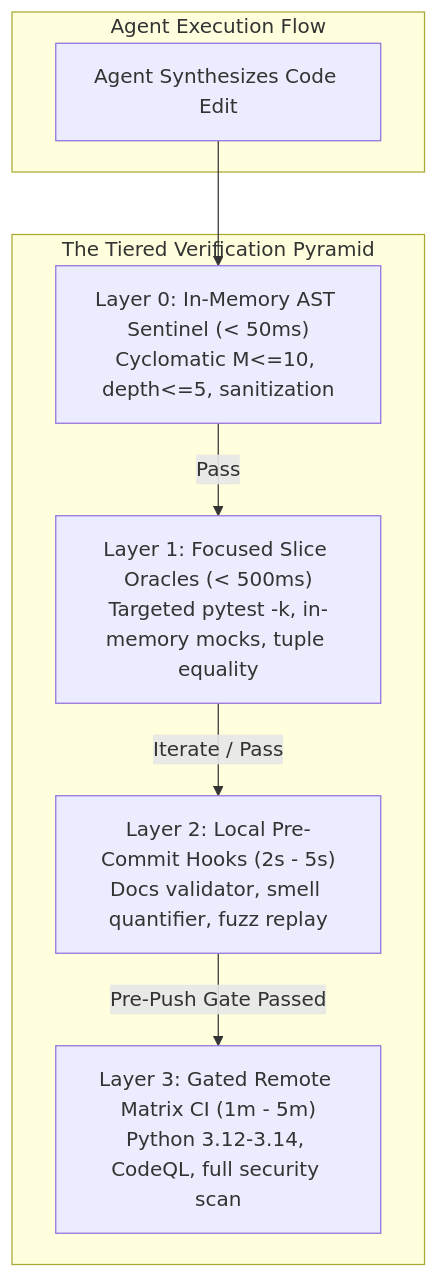
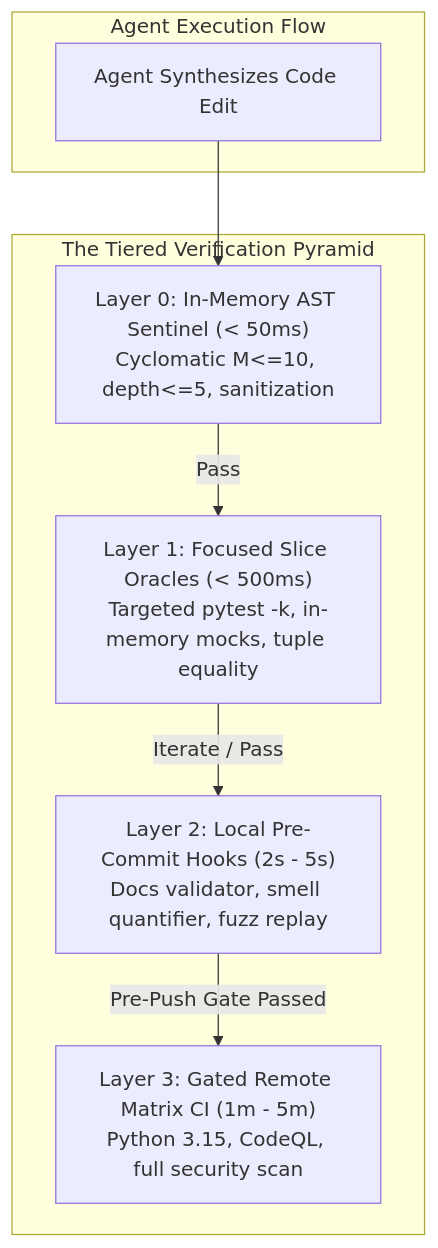
The diagram in patterns/tiered-verification-pyramid-and-sub-second-oracles.md (dan-petty/vibes), drawn with Mermaid before and after one commit. The commit also changed 14 other files, not shown here.

````diff
--- a/patterns/tiered-verification-pyramid-and-sub-second-oracles.md
+++ b/patterns/tiered-verification-pyramid-and-sub-second-oracles.md
@@ -31,16 +31,16 @@
 ```mermaid
 flowchart TD
     subgraph Pyramid ["The Tiered Verification Pyramid"]
-        L3["Layer 3: Gated Remote Matrix CI (1m - 5m)<br/>Python 3.12-3.14, CodeQL, full security scan"]
+        L3["Layer 3: Gated Remote Matrix CI (1m - 5m)<br/>Python 3.15, CodeQL, full security scan"]
         L2["Layer 2: Local Pre-Commit Hooks (2s - 5s)<br/>Docs validator, smell quantifier, fuzz replay"]
         L1["Layer 1: Focused Slice Oracles (< 500ms)<br/>Targeted pytest -k, in-memory mocks, tuple equality"]
         L0["Layer 0: In-Memory AST Sentinel (< 50ms)<br/>Cyclomatic M<=10, depth<=5, sanitization"]
     end
 
     subgraph Workflow ["Agent Execution Flow"]
         Edit["Agent Synthesizes Code Edit"] --> L0
         L0 -->|Pass| L1
         L1 -->|Iterate / Pass| L2
         L2 -->|Pre-Push Gate Passed| L3
     end
 ```
````
